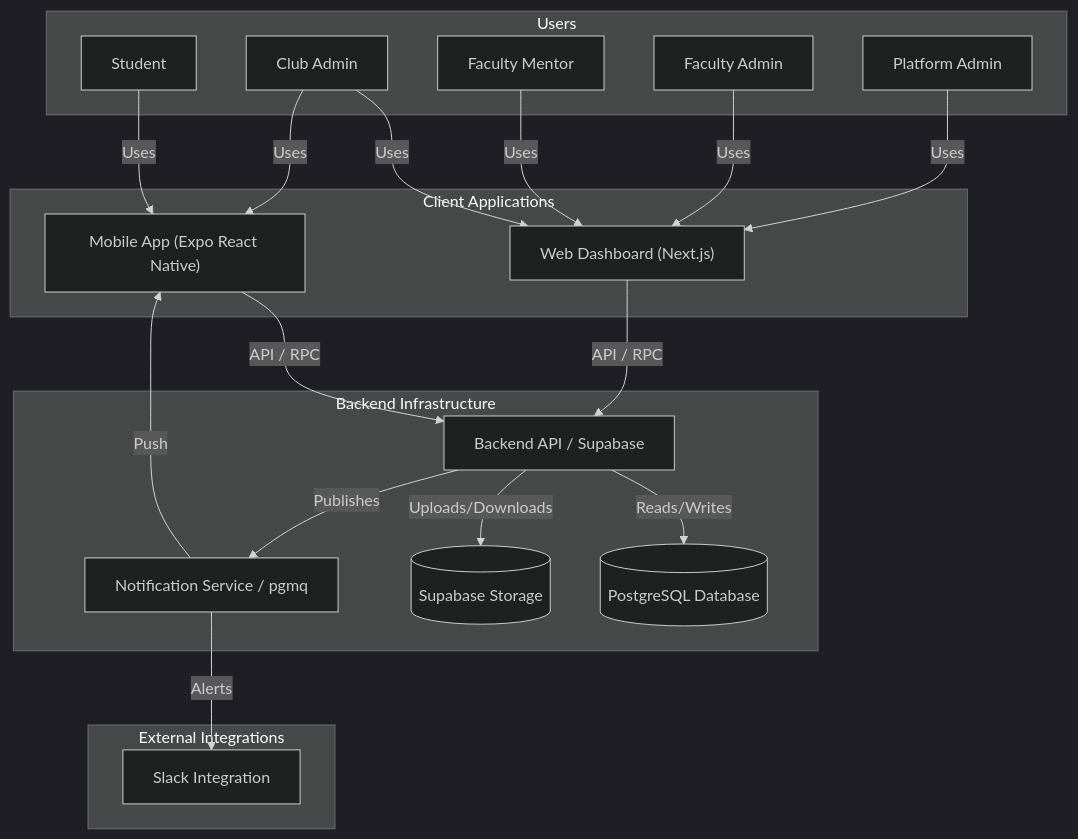
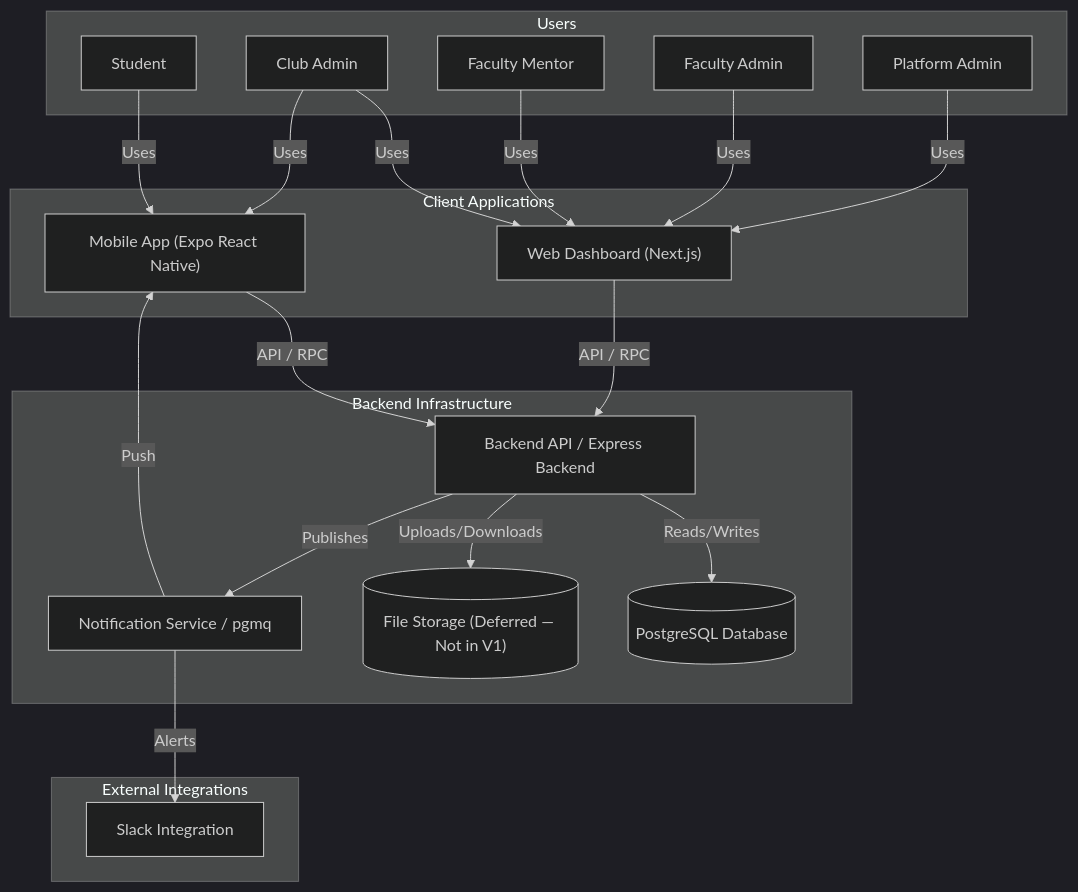
One commit to sohamdhande/nst-events-docs changed the diagram in docs/diagrams/01-system-overview.md. Above: the diagram before and after it, drawn with Mermaid (dark theme). The commit also changed 77 other files, not shown here.

````diff
--- a/docs/diagrams/01-system-overview.md
+++ b/docs/diagrams/01-system-overview.md
@@ -5,42 +5,42 @@
 ```mermaid
 graph TD
     subgraph Users
         Student[Student]
         ClubAdmin[Club Admin]
         FacultyMentor[Faculty Mentor]
         FacultyAdmin[Faculty Admin]
         PlatformAdmin[Platform Admin]
     end
 
     subgraph Client Applications
         MobileApp["Mobile App (Expo React Native)"]
         Dashboard["Web Dashboard (Next.js)"]
     end
 
     subgraph Backend Infrastructure
-        Backend["Backend API / Supabase"]
+        Backend["Backend API / Express Backend"]
         Database[("PostgreSQL Database")]
-        Storage[("Supabase Storage")]
+        Storage[("File Storage (Deferred — Not in V1)")]
         Notifications["Notification Service / pgmq"]
     end
 
     subgraph External Integrations
         Slack[Slack Integration]
     end
 
     Student -->|Uses| MobileApp
     ClubAdmin -->|Uses| Dashboard
     ClubAdmin -->|Uses| MobileApp
     FacultyMentor -->|Uses| Dashboard
     FacultyAdmin -->|Uses| Dashboard
     PlatformAdmin -->|Uses| Dashboard
 
     MobileApp -->|API / RPC| Backend
     Dashboard -->|API / RPC| Backend
 
     Backend -->|Reads/Writes| Database
     Backend -->|Uploads/Downloads| Storage
     Backend -->|Publishes| Notifications
     Notifications -->|Alerts| Slack
     Notifications -->|Push| MobileApp
 ```
````
